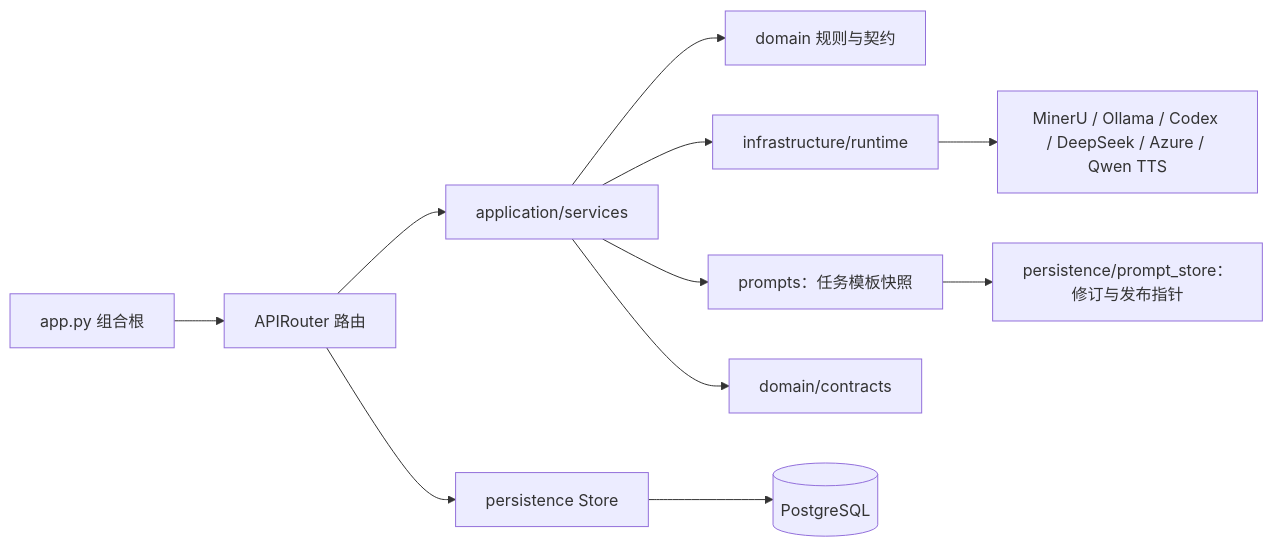
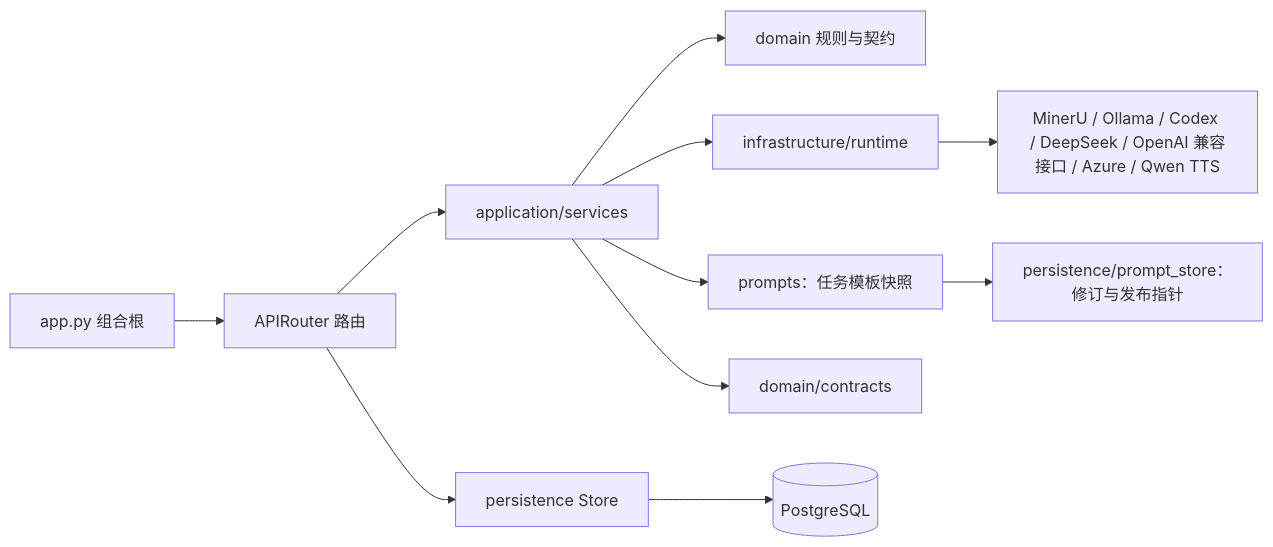
One commit to ningkaikok/dotty-tutor changed the second of 3 diagrams in docs/codebase-guide.md. Above: the diagram before and after it, drawn with Mermaid. The commit also changed other lines of this file and 14 other files, not shown here.

````diff
--- a/docs/codebase-guide.md
+++ b/docs/codebase-guide.md
@@ -278,13 +279,13 @@
 ```mermaid
 flowchart LR
   App["app.py 组合根"] --> Routes["APIRouter 路由"]
   Routes --> Services["application/services"]
   Services --> Domain["domain 规则与契约"]
   Routes --> Stores["persistence Store"]
   Services --> Runtime["infrastructure/runtime"]
   Services --> Prompts["prompts：任务模板快照"]
   Prompts --> PromptStore["persistence/prompt_store：修订与发布指针"]
   Services --> Contracts["domain/contracts"]
   Stores --> PostgreSQL[(PostgreSQL)]
-  Runtime --> External["MinerU / Ollama / Codex / DeepSeek / Azure / Qwen TTS"]
+  Runtime --> External["MinerU / Ollama / Codex / DeepSeek / OpenAI 兼容接口 / Azure / Qwen TTS"]
 ```
````
